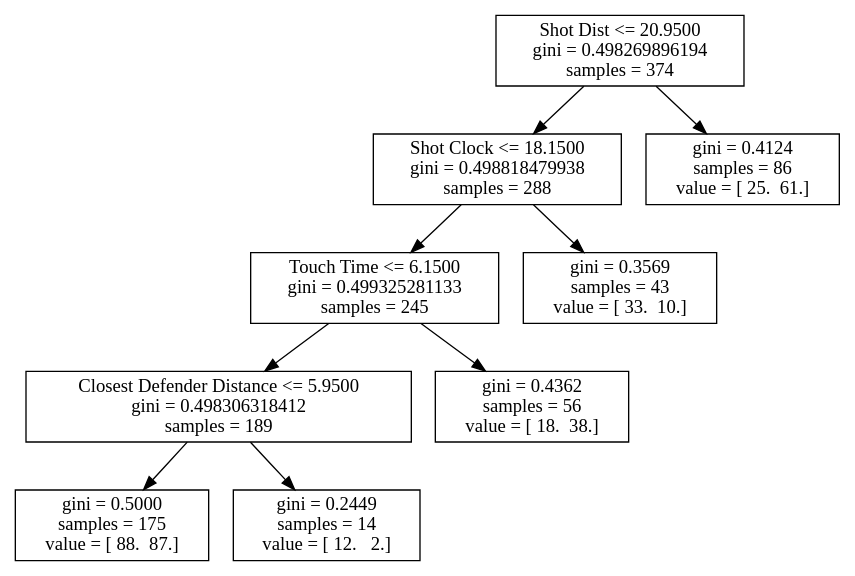
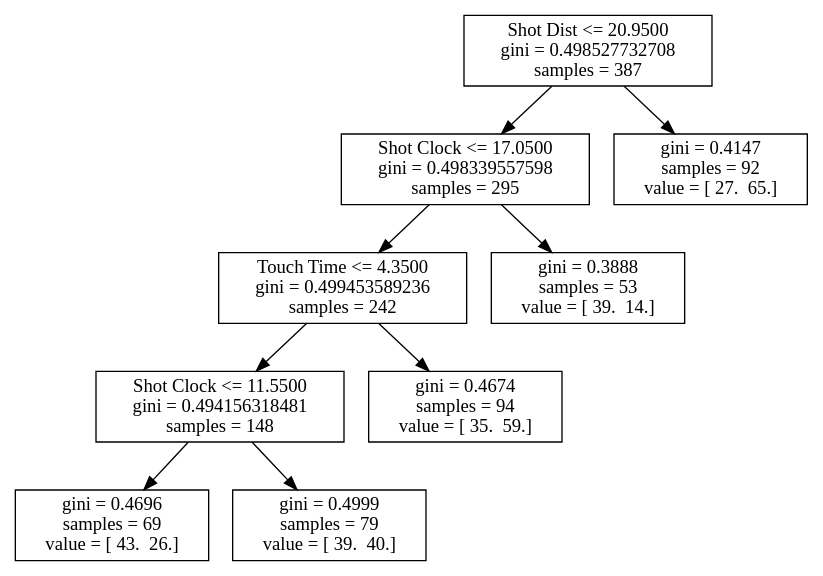
One commit to bveber/Analyze_NBA changed the diagram in monta_ellis.dot. Above: the diagram before and after it, drawn with Graphviz. The commit also changed 63 other files, not shown here.

```diff
--- a/monta_ellis.dot
+++ b/monta_ellis.dot
@@ -1,19 +1,19 @@
 digraph Tree {
-0 [label="Shot Dist <= 20.9500\ngini = 0.498269896194\nsamples = 374", shape="box"] ;
-1 [label="Shot Clock <= 18.1500\ngini = 0.498818479938\nsamples = 288", shape="box"] ;
+0 [label="Shot Dist <= 20.9500\ngini = 0.498527732708\nsamples = 387", shape="box"] ;
+1 [label="Shot Clock <= 17.0500\ngini = 0.498339557598\nsamples = 295", shape="box"] ;
 0 -> 1 ;
-2 [label="Touch Time <= 6.1500\ngini = 0.499325281133\nsamples = 245", shape="box"] ;
+2 [label="Touch Time <= 4.3500\ngini = 0.499453589236\nsamples = 242", shape="box"] ;
 1 -> 2 ;
-3 [label="Closest Defender Distance <= 5.9500\ngini = 0.498306318412\nsamples = 189", shape="box"] ;
+3 [label="Shot Clock <= 11.5500\ngini = 0.494156318481\nsamples = 148", shape="box"] ;
 2 -> 3 ;
-4 [label="gini = 0.5000\nsamples = 175\nvalue = [ 88.  87.]", shape="box"] ;
+4 [label="gini = 0.4696\nsamples = 69\nvalue = [ 43.  26.]", shape="box"] ;
 3 -> 4 ;
-5 [label="gini = 0.2449\nsamples = 14\nvalue = [ 12.   2.]", shape="box"] ;
+5 [label="gini = 0.4999\nsamples = 79\nvalue = [ 39.  40.]", shape="box"] ;
 3 -> 5 ;
-6 [label="gini = 0.4362\nsamples = 56\nvalue = [ 18.  38.]", shape="box"] ;
+6 [label="gini = 0.4674\nsamples = 94\nvalue = [ 35.  59.]", shape="box"] ;
 2 -> 6 ;
-7 [label="gini = 0.3569\nsamples = 43\nvalue = [ 33.  10.]", shape="box"] ;
+7 [label="gini = 0.3888\nsamples = 53\nvalue = [ 39.  14.]", shape="box"] ;
 1 -> 7 ;
-8 [label="gini = 0.4124\nsamples = 86\nvalue = [ 25.  61.]", shape="box"] ;
+8 [label="gini = 0.4147\nsamples = 92\nvalue = [ 27.  65.]", shape="box"] ;
 0 -> 8 ;
 }
```
